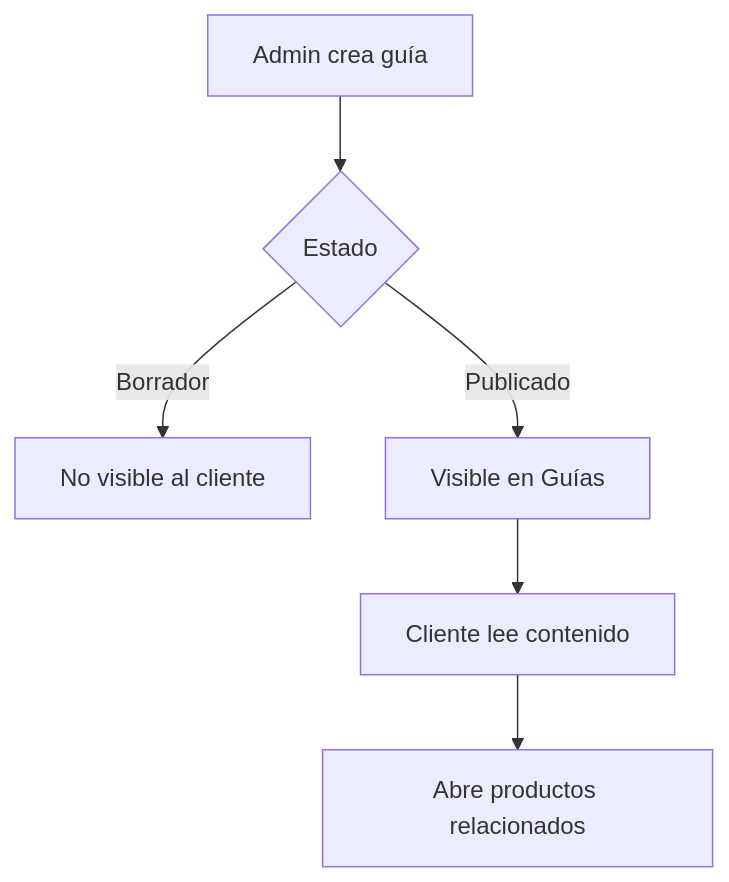
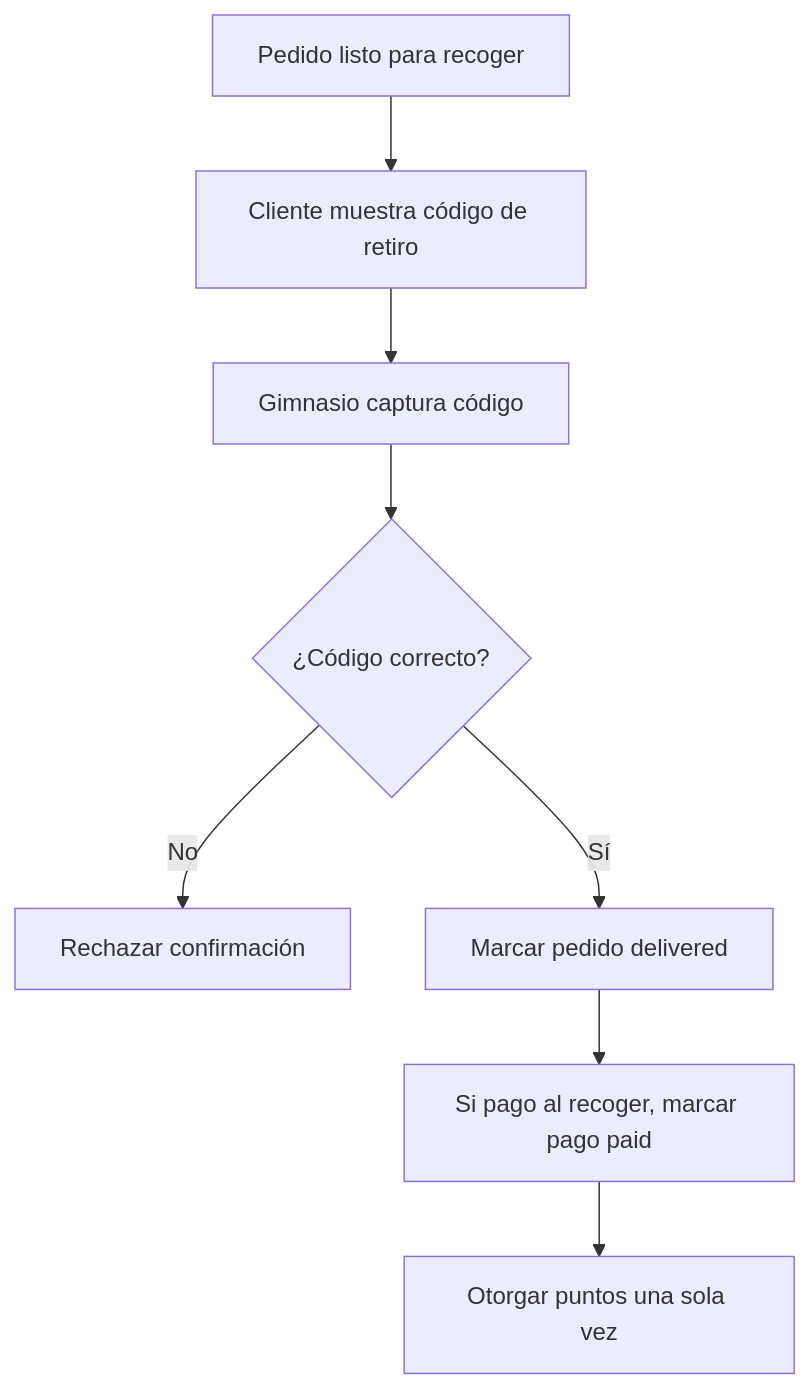
One commit to IvanNario/gymverse changed the eighth of 9 diagrams in documentacion/03_diagramas.md. Above: the diagram before and after it, drawn with Mermaid. The commit also changed other lines of this file and 23 other files, not shown here.

````diff
--- a/documentacion/03_diagramas.md
+++ b/documentacion/03_diagramas.md
@@ -92,8 +124,10 @@
 ```mermaid
 flowchart TD
-    A["Admin crea guía"] --> B{"Estado"}
-    B -->|Borrador| C["No visible al cliente"]
-    B -->|Publicado| D["Visible en Guías"]
-    D --> E["Cliente lee contenido"]
-    E --> F["Abre productos relacionados"]
+  A["Pedido listo para recoger"] --> B["Cliente muestra código de retiro"]
+  B --> C["Gimnasio captura código"]
+  C --> D{"¿Código correcto?"}
+  D -->|No| E["Rechazar confirmación"]
+  D -->|Sí| F["Marcar pedido delivered"]
+  F --> G["Si pago al recoger, marcar pago paid"]
+  G --> H["Otorgar puntos una sola vez"]
 ```
````
